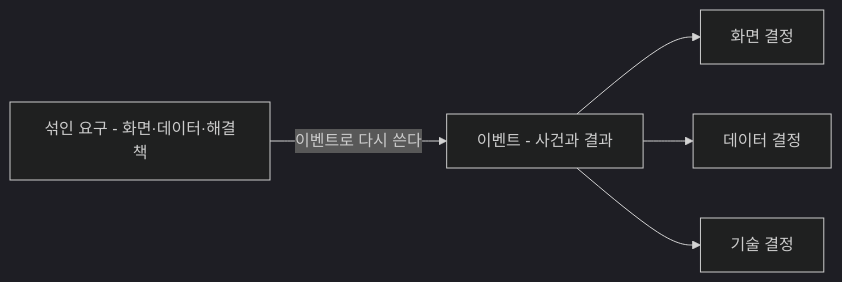
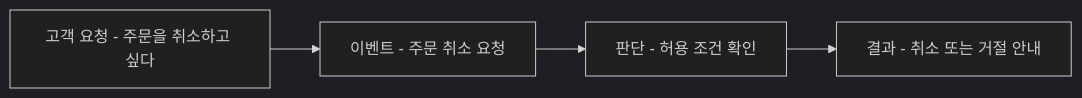
One commit to YoungSan77/TrainingMaterials changed the third of 14 diagrams in courses/ooad/sessions/s01.md. Above: the diagram before and after it, drawn with Mermaid (dark theme). The commit also changed other lines of this file and 51 other files, not shown here.

````diff
--- a/courses/ooad/sessions/s01.md
+++ b/courses/ooad/sessions/s01.md
@@ -190,7 +164,6 @@
 ```mermaid
 flowchart LR
-    M["섞인 요구 - 화면·데이터·해결책"] -->|이벤트로 다시 쓴다| E["이벤트 - 사건과 결과"]
-    E --> S["화면 결정"]
-    E --> D["데이터 결정"]
-    E --> T["기술 결정"]
+    N["고객 요청 - 주문을 취소하고 싶다"] --> E["이벤트 - 주문 취소 요청"]
+    E --> J["판단 - 허용 조건 확인"]
+    J --> R["결과 - 취소 또는 거절 안내"]
 ```
````
